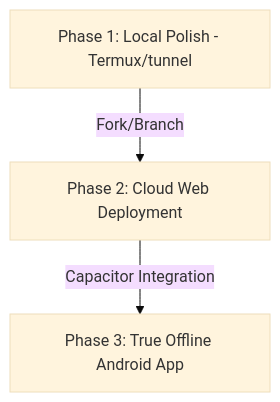
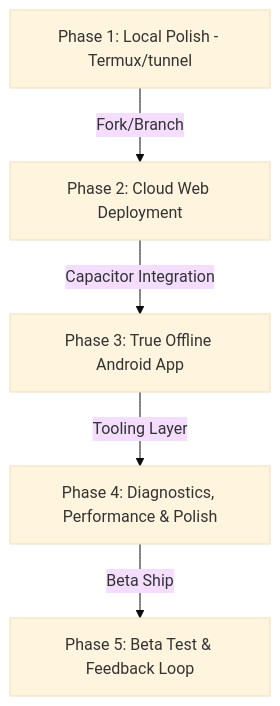
The diagram in plan-progress.md (iillaa/med), drawn with Mermaid (base theme) before and after one commit. The commit also changed other lines of this file and 2 other files, not shown here.

Commit message:
docs: full overhaul of plan-progress, technical_architecture, and TODO with current state

````diff
--- a/plan-progress.md
+++ b/plan-progress.md
@@ -12,5 +9,7 @@
 ```mermaid
 graph TD
     P1[Phase 1: Local Polish - Termux/tunnel] -->|Fork/Branch| P2[Phase 2: Cloud Web Deployment]
     P2 -->|Capacitor Integration| P3[Phase 3: True Offline Android App]
+    P3 -->|Tooling Layer| P4[Phase 4: Diagnostics, Performance & Polish]
+    P4 -->|Beta Ship| P5[Phase 5: Beta Test & Feedback Loop]
 ```
````
